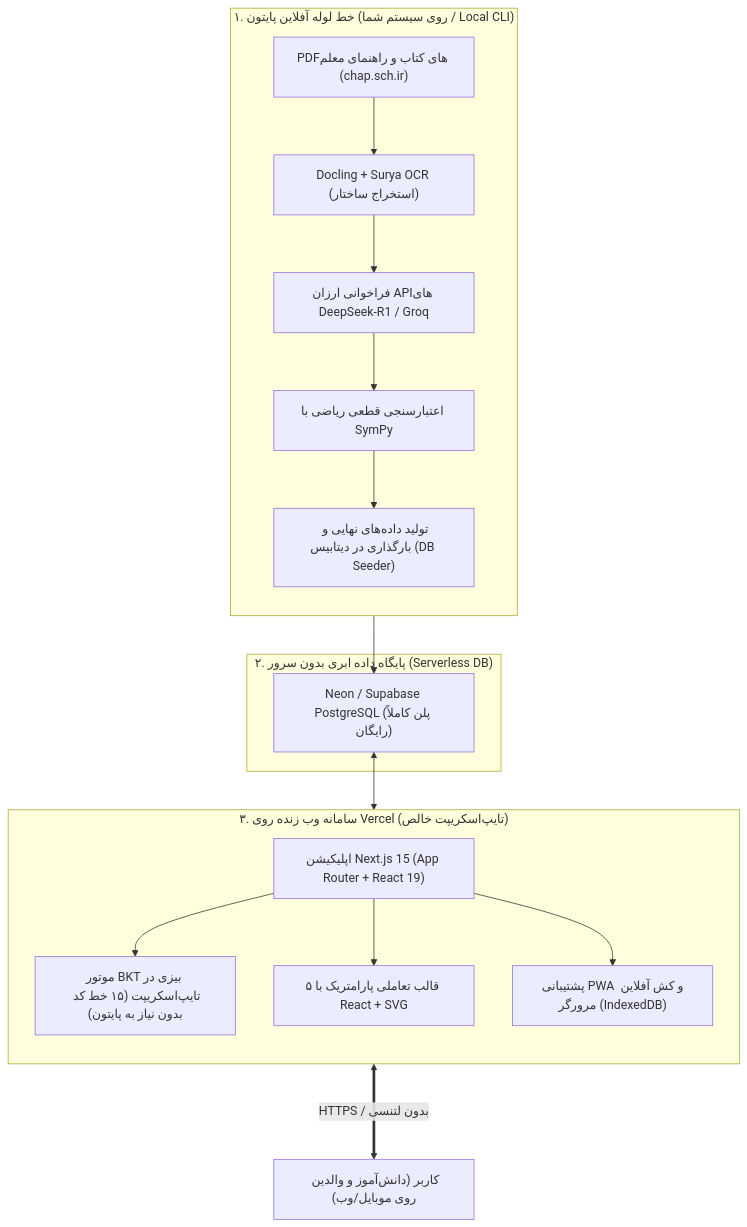
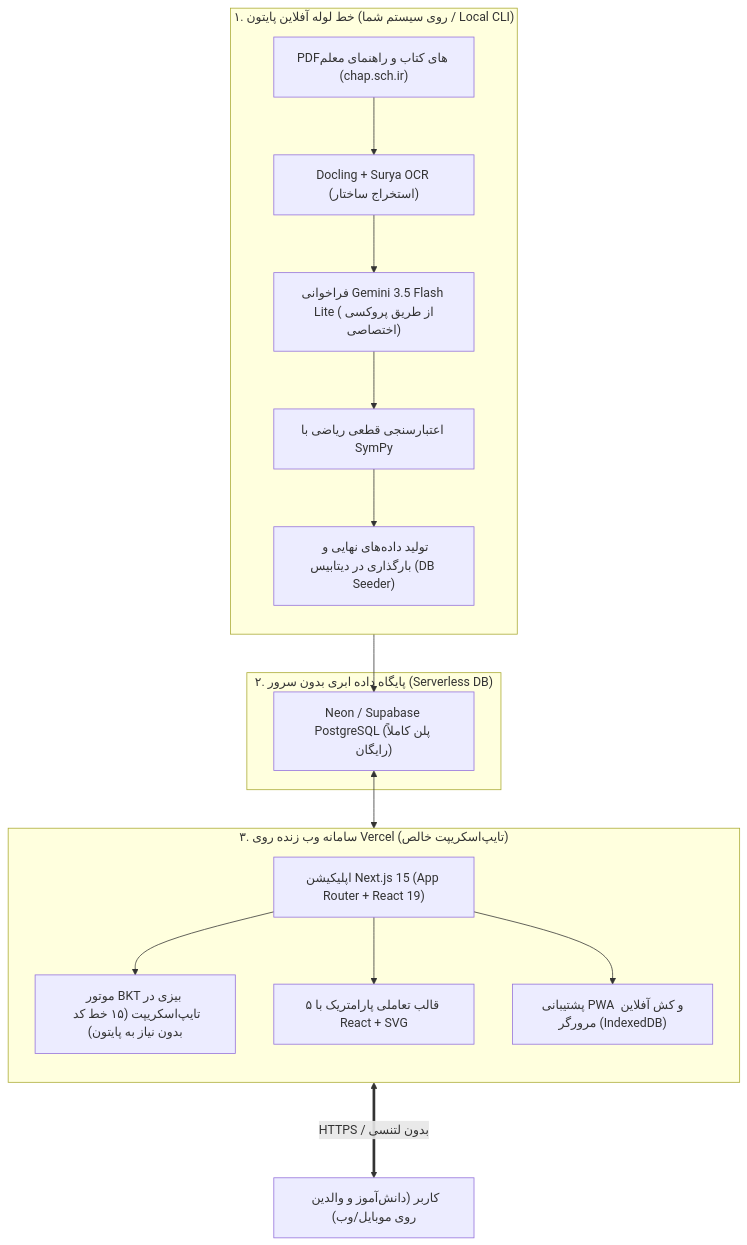
One commit to javadderoom/education changed the diagram in docs/08_pure_foss_technology_stack.md. Above: the diagram before and after it, drawn with Mermaid. The commit also changed other lines of this file and 3 other files, not shown here.

Commit message:
docs(stack): standardize on Prisma 7, PostgreSQL 18, and Gemini 3.5 Flash Lite proxy

````diff
--- a/docs/08_pure_foss_technology_stack.md
+++ b/docs/08_pure_foss_technology_stack.md
@@ -12,24 +12,24 @@
 ```mermaid
 flowchart TD
     subgraph OfflinePipeline ["۱. خط لوله آفلاین پایتون (روی سیستم شما / Local CLI)"]
         direction TB
         PDF["PDFهای کتاب و راهنمای معلم (chap.sch.ir)"] --> Docling["Docling + Surya OCR (استخراج ساختار)"]
-        Docling --> API["فراخوانی ارزان APIهای DeepSeek-R1 / Groq"]
+        Docling --> API["فراخوانی Gemini 3.5 Flash Lite (از طریق پروکسی اختصاصی)"]
         API --> SymPy["اعتبارسنجی قطعی ریاضی با SymPy"]
         SymPy --> Seed["تولید داده‌های نهایی و بارگذاری در دیتابیس (DB Seeder)"]
     end
 
     subgraph CloudStorage ["۲. پایگاه داده ابری بدون سرور (Serverless DB)"]
         Seed --> Neon["Neon / Supabase PostgreSQL (پلن کاملاً رایگان)"]
     end
 
     subgraph ProductionWeb ["۳. سامانه وب زنده روی Vercel (تایپ‌اسکریپت خالص)"]
         direction TB
         Neon <--> NextApp["اپلیکیشن Next.js 15 (App Router + React 19)"]
         NextApp --> BKT["موتور BKT بیزی در تایپ‌اسکریپت (۱۵ خط کد بدون نیاز به پایتون)"]
         NextApp --> Widgets["۵ قالب تعاملی پارامتریک با React + SVG"]
         NextApp --> PWA["پشتیبانی PWA و کش آفلاین مرورگر (IndexedDB)"]
     end
 
     ProductionWeb <===>|"HTTPS / بدون لتنسی"| User["کاربر (دانش‌آموز و والدین روی موبایل/وب)"]
 ```
````
